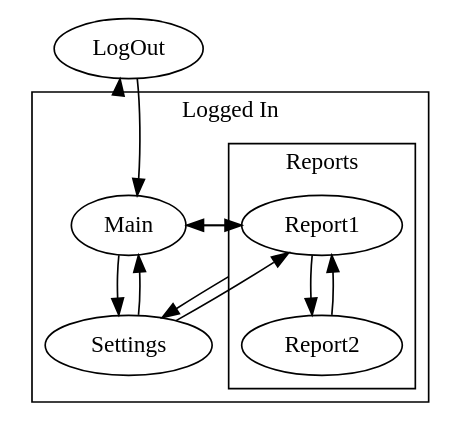
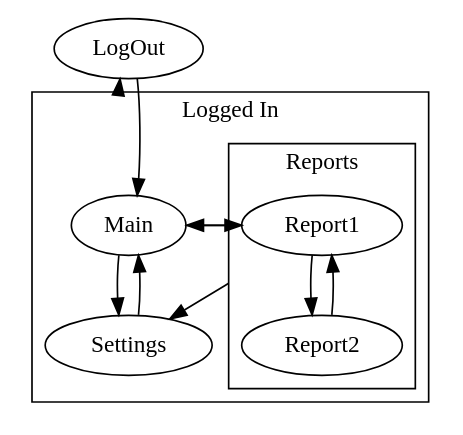
One commit to hwayne/learntla-v2 changed the second of 2 diagrams in docs/topics/state-machines.rst. Above: the diagram before and after it, drawn with Graphviz. The commit also changed 38 other files, not shown here.

```diff
--- a/docs/topics/state-machines.rst
+++ b/docs/topics/state-machines.rst
@@ -77,23 +77,23 @@
 .. digraph:: hsl
 
   compound=true;
 
   LogOut
   
     LogOut -> Main;
   subgraph cluster_app {
     label="Logged In";
     Main -> Settings;
     Settings -> Main;
-    {Main Settings} -> Report1;
+    Main -> Report1[ltail="cluster_app"];
     Report1 -> {Main Settings}[ltail="cluster_reports"];
     
     subgraph cluster_reports {
       label=Reports
       Report1;
       Report2;
       Report1 -> Report2;
       Report2 -> Report1;
     }
   }
   Main -> LogOut[ltail="cluster_app"];
```
